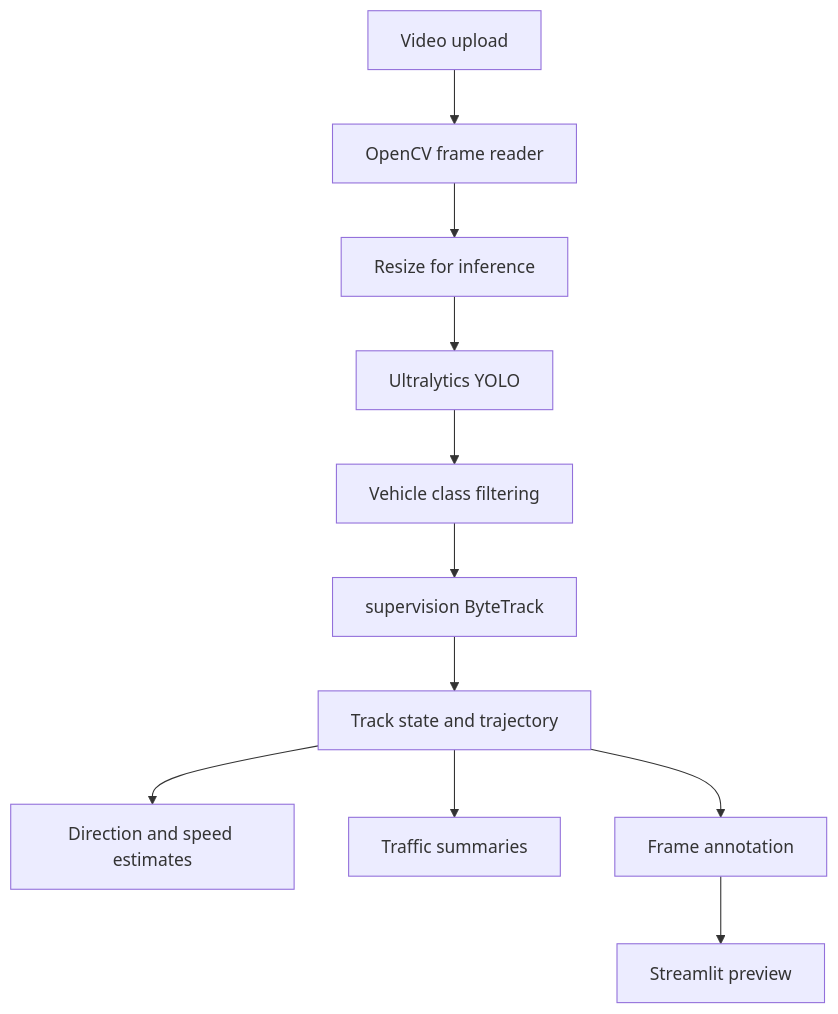
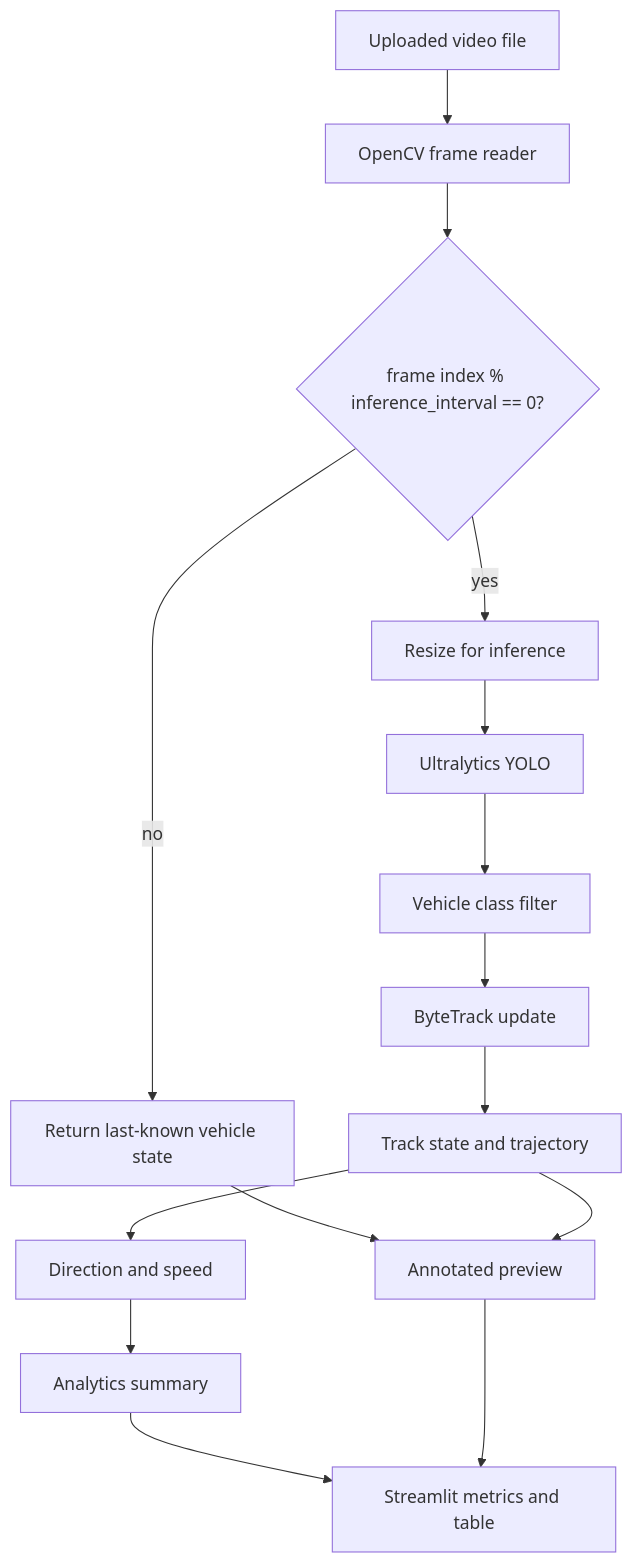
Before and after one commit to Mzaq1559/trafficvision-ai: the diagram in README.md, drawn with Mermaid. The commit also changed other lines of this file, not shown here.

````diff
--- a/README.md
+++ b/README.md
@@ -46,13 +56,17 @@
 ```mermaid
 flowchart TD
-  A[Video upload] --> B[OpenCV frame reader]
-  B --> C[Resize for inference]
-  C --> D[Ultralytics YOLO]
-  D --> E[Vehicle class filtering]
-  E --> F[supervision ByteTrack]
-  F --> G[Track state and trajectory]
-  G --> H[Direction and speed estimates]
-  G --> I[Traffic summaries]
-  G --> J[Frame annotation]
-  J --> K[Streamlit preview]
+  A[Uploaded video file] --> B[OpenCV frame reader]
+  B --> C{frame index % inference_interval == 0?}
+  C -- no --> H[Return last-known vehicle state]
+  C -- yes --> D[Resize for inference]
+  D --> E[Ultralytics YOLO]
+  E --> F[Vehicle class filter]
+  F --> G[ByteTrack update]
+  G --> I[Track state and trajectory]
+  I --> J[Direction and speed]
+  J --> K[Analytics summary]
+  H --> L[Annotated preview]
+  I --> L
+  K --> M[Streamlit metrics and table]
+  L --> M
 ```
````
